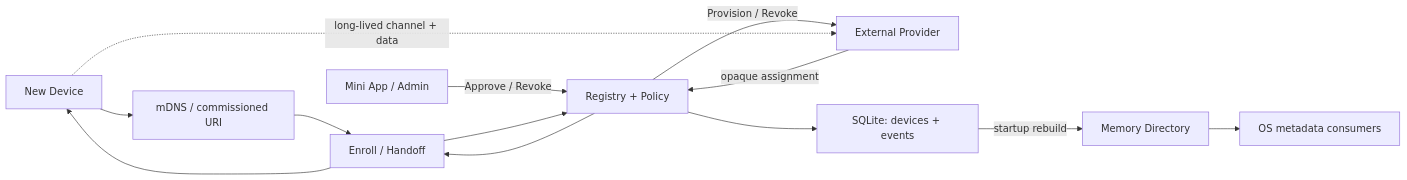
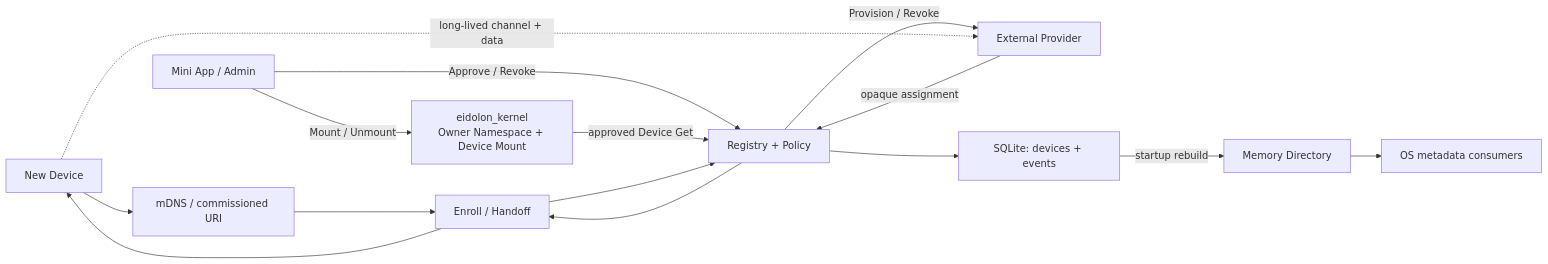
One commit to eidolon-os/eidolon_hub changed the diagram in docs/architecture/eidolon-hub-current-architecture-review.md. Above: the diagram before and after it, drawn with Mermaid. The commit also changed other lines of this file and 45 other files, not shown here.

````diff
--- a/docs/architecture/eidolon-hub-current-architecture-review.md
+++ b/docs/architecture/eidolon-hub-current-architecture-review.md
@@ -23,11 +23,13 @@
 ```mermaid
 flowchart LR
     D["New Device"] --> I["mDNS / commissioned URI"] --> O["Enroll / Handoff"]
     M["Mini App / Admin"] -->|"Approve / Revoke"| C["Registry + Policy"]
+    M -->|"Mount / Unmount"| K["eidolon_kernel<br/>Owner Namespace + Device Mount"]
+    K -->|"approved Device Get"| C
     O --> C
     C -->|"Provision / Revoke"| P["External Provider"]
     P -->|"opaque assignment"| C --> O --> D
     D -. "long-lived channel + data" .-> P
     C --> DB["SQLite: devices + events"]
     DB -->|"startup rebuild"| R["Memory Directory"] --> X["OS metadata consumers"]
 ```
````
